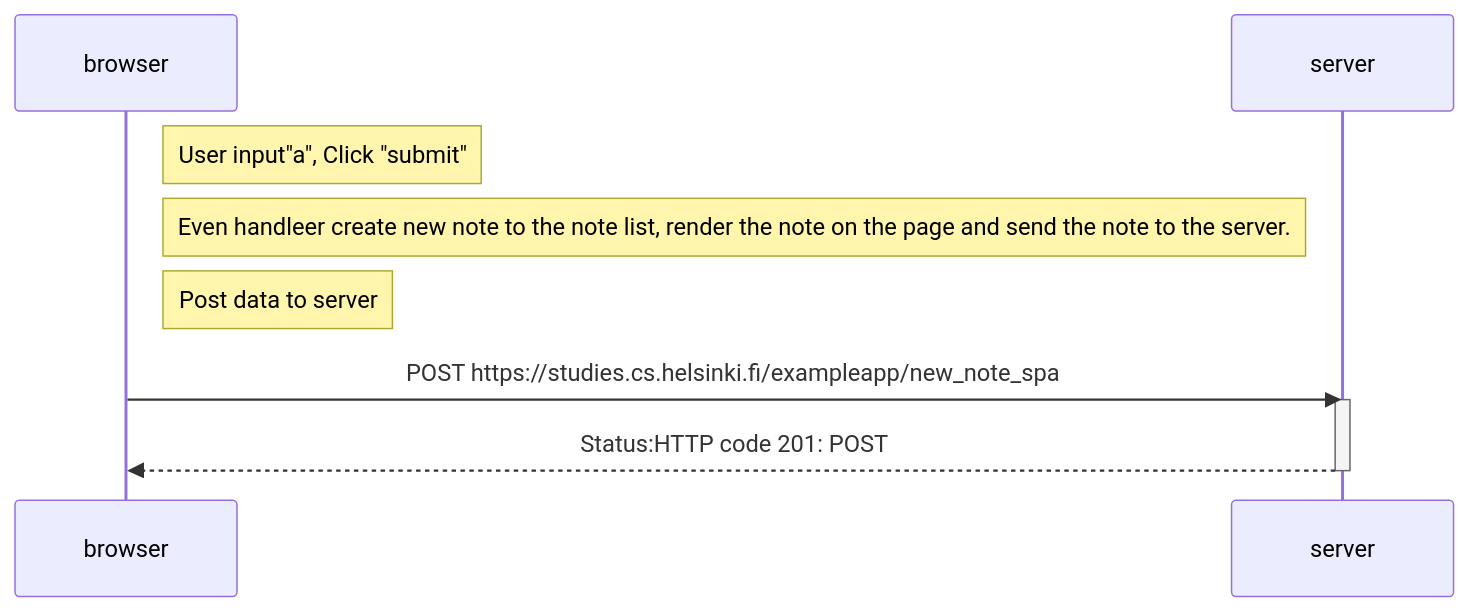
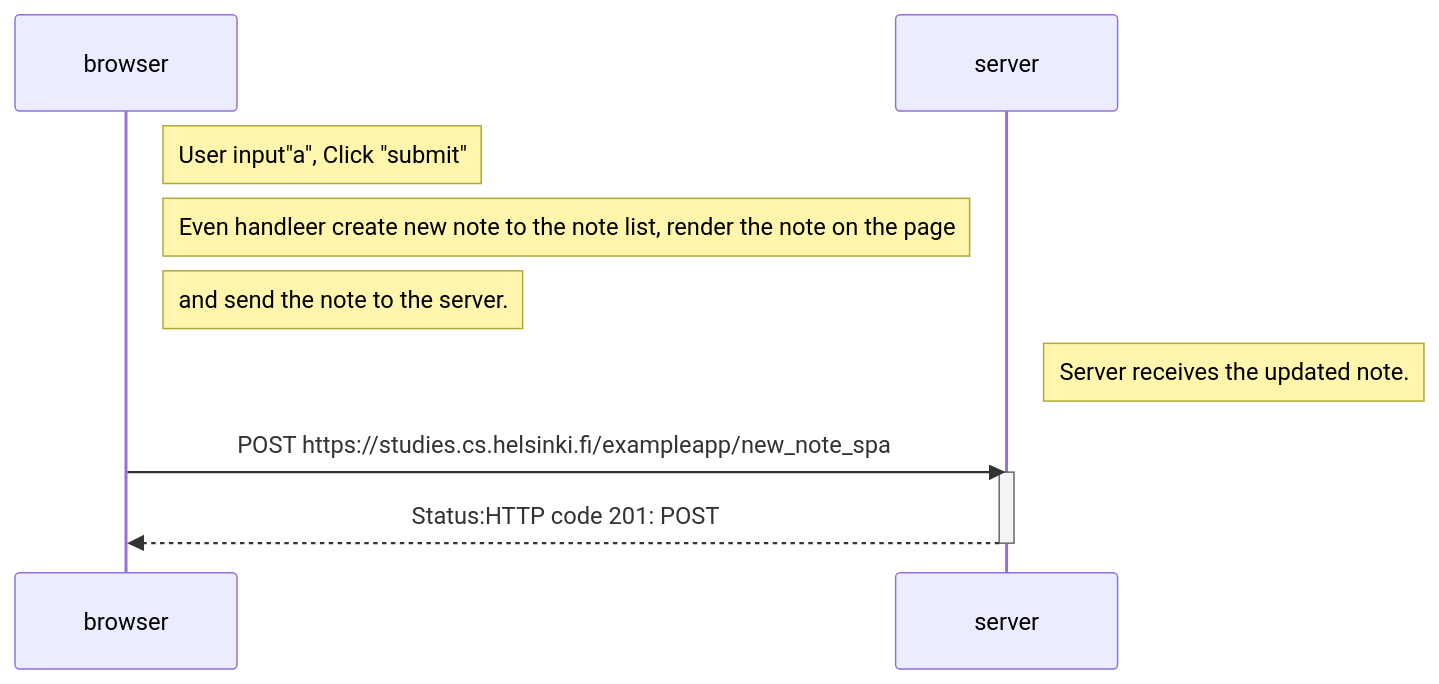
One commit to junrudong/fullstack-hy2020 changed the diagram in Part0/Part0_Excercise6.md. Above: the diagram before and after it, drawn with Mermaid.

````diff
--- a/Part0/Part0_Excercise6.md
+++ b/Part0/Part0_Excercise6.md
@@ -3,19 +3,19 @@
 ```mermaid
 
 sequenceDiagram
 
     participant browser
     participant server
     
     Note right of browser: User input"a", Click "submit"
-    Note right of browser: Even handleer create new note to the note list, render the note on the page and send the note to the server.
-    Note right of browser: Post data to server
-
+    Note right of browser: Even handleer create new note to the note list, render the note on the page 
+    Note right of browser: and send the note to the server.
+    Note right of server: Server receives the updated note.
     browser->>server: POST https://studies.cs.helsinki.fi/exampleapp/new_note_spa
     activate server
     server-->>browser: Status:HTTP code 201: POST
     deactivate server
 
 
     
 ```
````
